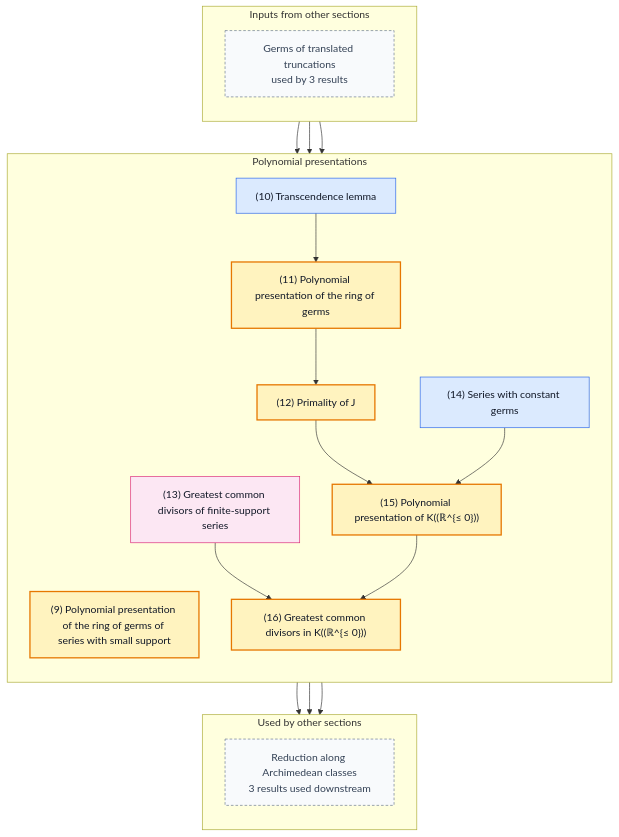
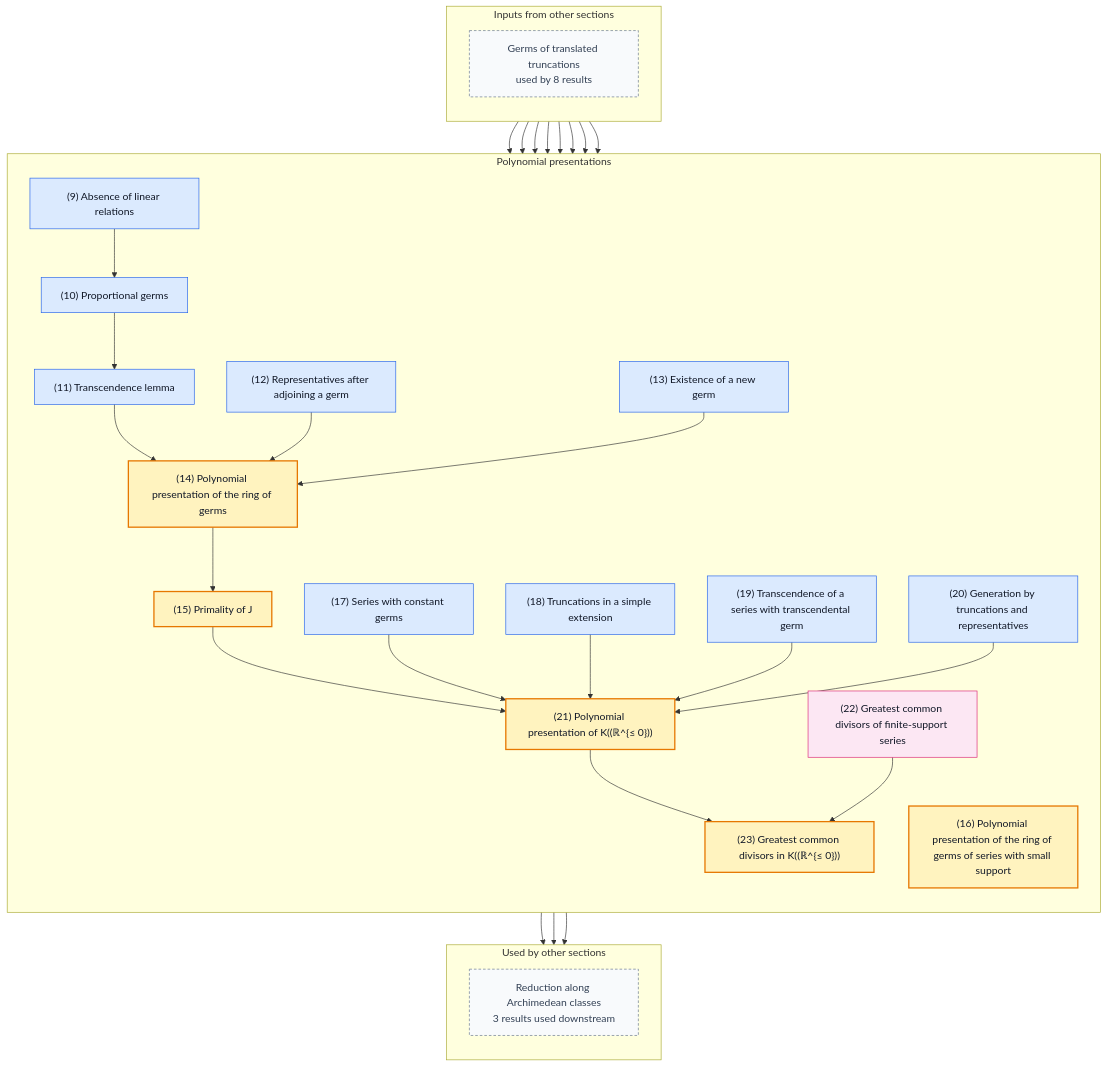
Before and after one commit to gaearon/conway-refinement: the third of 5 diagrams in README.md, drawn with Mermaid. The commit also changed other lines of this file and 37 other files, not shown here.

````diff
--- a/README.md
+++ b/README.md
@@ -248,54 +249,80 @@
 ```mermaid
 %% Generated by scripts/blueprint.sh; do not edit.
 %% Other sections are compressed to boundary nodes.
 %% Solid arrows are proof dependencies; dashed arrows are statement dependencies.
 flowchart TB
   subgraph inputs["Inputs from other sections"]
     direction TB
-    in0["Germs of translated truncations<br/>used by 3 results"]:::boundary
+    in0["Germs of translated truncations<br/>used by 8 results"]:::boundary
   end
   subgraph current["Polynomial presentations"]
     direction TB
-    n009["(9) Polynomial presentation of the ring of germs of series with small support"]:::theorem
-    n010["(10) Transcendence lemma"]:::lemma
-    n011["(11) Polynomial presentation of the ring of germs"]:::theorem
-    n012["(12) Primality of J"]:::theorem
-    n013["(13) Greatest common divisors of finite-support series"]:::fact
-    n014["(14) Series with constant germs"]:::lemma
-    n015["(15) Polynomial presentation of K((ℝ^{≤ 0}))"]:::theorem
-    n016["(16) Greatest common divisors in K((ℝ^{≤ 0}))"]:::theorem
+    n009["(9) Absence of linear relations"]:::lemma
+    n010["(10) Proportional germs"]:::lemma
+    n011["(11) Transcendence lemma"]:::lemma
+    n012["(12) Representatives after adjoining a germ"]:::lemma
+    n013["(13) Existence of a new germ"]:::lemma
+    n014["(14) Polynomial presentation of the ring of germs"]:::theorem
+    n015["(15) Primality of J"]:::theorem
+    n016["(16) Polynomial presentation of the ring of germs of series with small support"]:::theorem
+    n017["(17) Series with constant germs"]:::lemma
+    n018["(18) Truncations in a simple extension"]:::lemma
+    n019["(19) Transcendence of a series with transcendental germ"]:::lemma
+    n020["(20) Generation by truncations and representatives"]:::lemma
+    n021["(21) Polynomial presentation of K((ℝ^{≤ 0}))"]:::theorem
+    n022["(22) Greatest common divisors of finite-support series"]:::fact
+    n023["(23) Greatest common divisors in K((ℝ^{≤ 0}))"]:::theorem
   end
   subgraph outputs["Used by other sections"]
     direction TB
     out0["Reduction along Archimedean classes<br/>3 results used downstream"]:::boundary
   end
 
+  n009 --> n010
   n010 --> n011
-  n011 --> n012
-  n012 --> n015
+  n011 --> n014
+  n012 --> n014
+  n013 --> n014
   n014 --> n015
-  n013 --> n016
-  n015 --> n016
+  n015 --> n021
+  n017 --> n021
+  n018 --> n021
+  n019 --> n021
+  n020 --> n021
+  n021 --> n023
+  n022 --> n023
   in0 --> n009
-  in0 --> n010
-  in0 --> n014
-  n011 --> out0
+  in0 --> n012
+  in0 --> n013
+  in0 --> n016
+  in0 --> n017
+  in0 --> n018
+  in0 --> n019
+  in0 --> n020
+  n023 --> out0
   n016 --> out0
-  n009 --> out0
-  click n009 "https://gaearon.github.io/conway-refinement/#/result/bounded-hahn-germ-polynomial-algebra" "Open the statement for theorem 9"
-  click n010 "https://gaearon.github.io/conway-refinement/#/result/transcendence" "Open the statement for lemma 10"
-  click n011 "https://gaearon.github.io/conway-refinement/#/result/complete-hahn-germ-polynomial-algebra" "Open the statement for theorem 11"
-  click n012 "https://gaearon.github.io/conway-refinement/#/result/bounded-away-ideal-prime" "Open the statement for theorem 12"
-  click n013 "https://gaearon.github.io/conway-refinement/#/result/finite-support-hahn-gcd" "Open the statement for fact 13"
-  click n014 "https://gaearon.github.io/conway-refinement/#/result/constant-germs-finite-support" "Open the statement for lemma 14"
-  click n015 "https://gaearon.github.io/conway-refinement/#/result/hahn-series-polynomial-algebra" "Open the statement for theorem 15"
-  click n016 "https://gaearon.github.io/conway-refinement/#/result/hahn-series-gcd-domain" "Open the statement for theorem 16"
+  n014 --> out0
+  click n009 "https://gaearon.github.io/conway-refinement/#/result/no-linear-relation" "Open the statement for lemma 9"
+  click n010 "https://gaearon.github.io/conway-refinement/#/result/proportionality" "Open the statement for lemma 10"
+  click n011 "https://gaearon.github.io/conway-refinement/#/result/transcendence" "Open the statement for lemma 11"
+  click n012 "https://gaearon.github.io/conway-refinement/#/result/representatives-adjoin" "Open the statement for lemma 12"
+  click n013 "https://gaearon.github.io/conway-refinement/#/result/new-germ" "Open the statement for lemma 13"
+  click n014 "https://gaearon.github.io/conway-refinement/#/result/complete-hahn-germ-polynomial-algebra" "Open the statement for theorem 14"
+  click n015 "https://gaearon.github.io/conway-refinement/#/result/bounded-away-ideal-prime" "Open the statement for theorem 15"
+  click n016 "https://gaearon.github.io/conway-refinement/#/result/bounded-hahn-germ-polynomial-algebra" "Open the statement for theorem 16"
+  click n017 "https://gaearon.github.io/conway-refinement/#/result/constant-germs-finite-support" "Open the statement for lemma 17"
+  click n018 "https://gaearon.github.io/conway-refinement/#/result/truncations-of-simple-extension" "Open the statement for lemma 18"
+  click n019 "https://gaearon.github.io/conway-refinement/#/result/transcendental-series" "Open the statement for lemma 19"
+  click n020 "https://gaearon.github.io/conway-refinement/#/result/series-generation" "Open the statement for lemma 20"
+  click n021 "https://gaearon.github.io/conway-refinement/#/result/hahn-series-polynomial-algebra" "Open the statement for theorem 21"
+  click n022 "https://gaearon.github.io/conway-refinement/#/result/finite-support-hahn-gcd" "Open the statement for fact 22"
+  click n023 "https://gaearon.github.io/conway-refinement/#/result/hahn-series-gcd-domain" "Open the statement for theorem 23"
 
   classDef theorem fill:#fff3bf,stroke:#e67700,stroke-width:2px,color:#111827
   classDef definition fill:#f3f4f6,stroke:#4b5563,color:#111827
   classDef lemma fill:#dbeafe,stroke:#2563eb,color:#111827
   classDef proposition fill:#ede9fe,stroke:#7c3aed,color:#111827
   classDef corollary fill:#dcfce7,stroke:#16a34a,color:#111827
   classDef fact fill:#fce7f3,stroke:#db2777,color:#111827
   classDef boundary fill:#f8fafc,stroke:#64748b,stroke-dasharray:4 3,color:#334155
 ```
````
